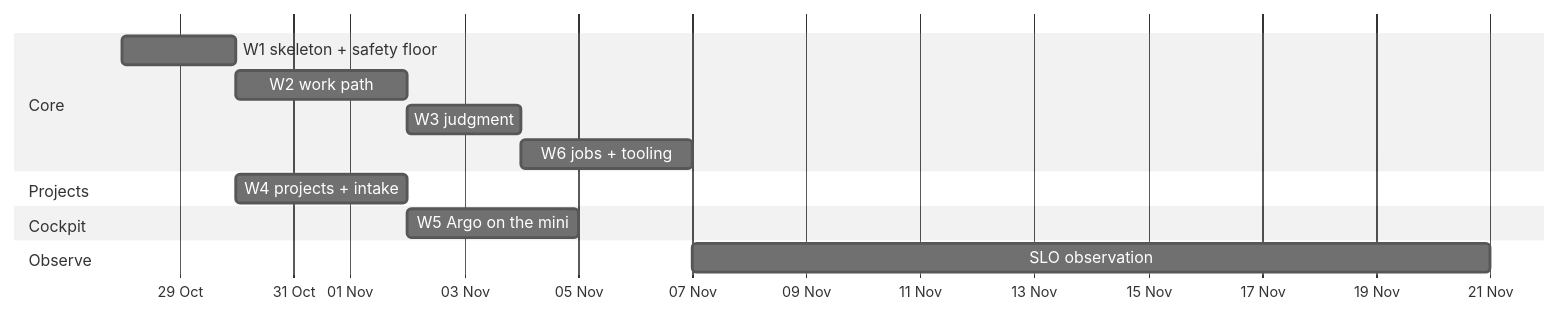
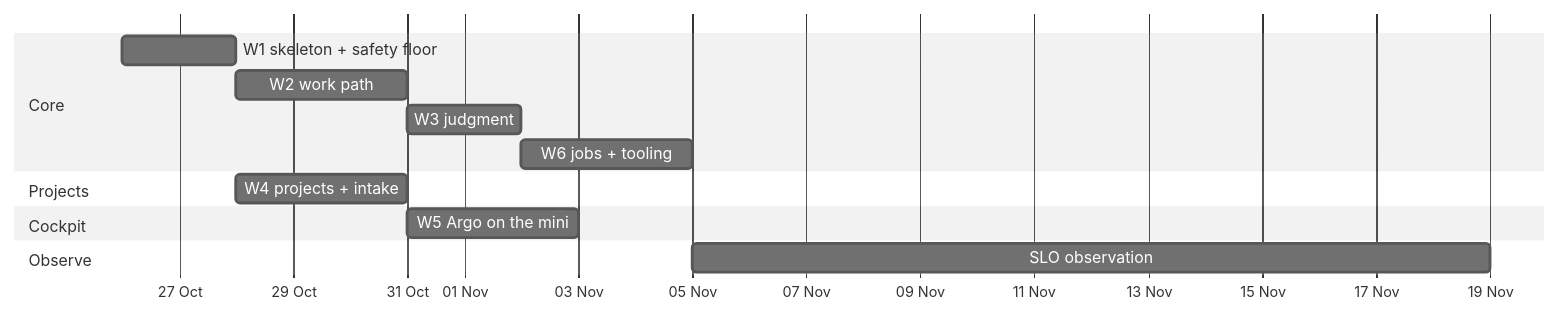
The diagram in docs/factory/tdd/12-plan.md (jkrumm/dotfiles), drawn with Mermaid (neutral theme) before and after one commit. The commit also changed other lines of this file and 21 other files, not shown here.

````diff
--- a/docs/factory/tdd/12-plan.md
+++ b/docs/factory/tdd/12-plan.md
@@ -32,16 +32,16 @@
 ```mermaid
 gantt
   dateFormat YYYY-MM-DD
   axisFormat %d %b
   section Core
-  W1 skeleton + safety floor  :w1, 2026-10-28, 2d
+  W1 skeleton + safety floor  :w1, 2026-10-26, 2d
   W2 work path                :w2, after w1, 3d
   W3 judgment                 :w3, after w2, 2d
   W6 jobs + tooling           :w6, after w3, 3d
   section Projects
   W4 projects + intake        :w4, after w1, 3d
   section Cockpit
   W5 Argo on the mini         :w5, after w2, 3d
   section Observe
   SLO observation             :obs, after w6, 14d
 ```
````
